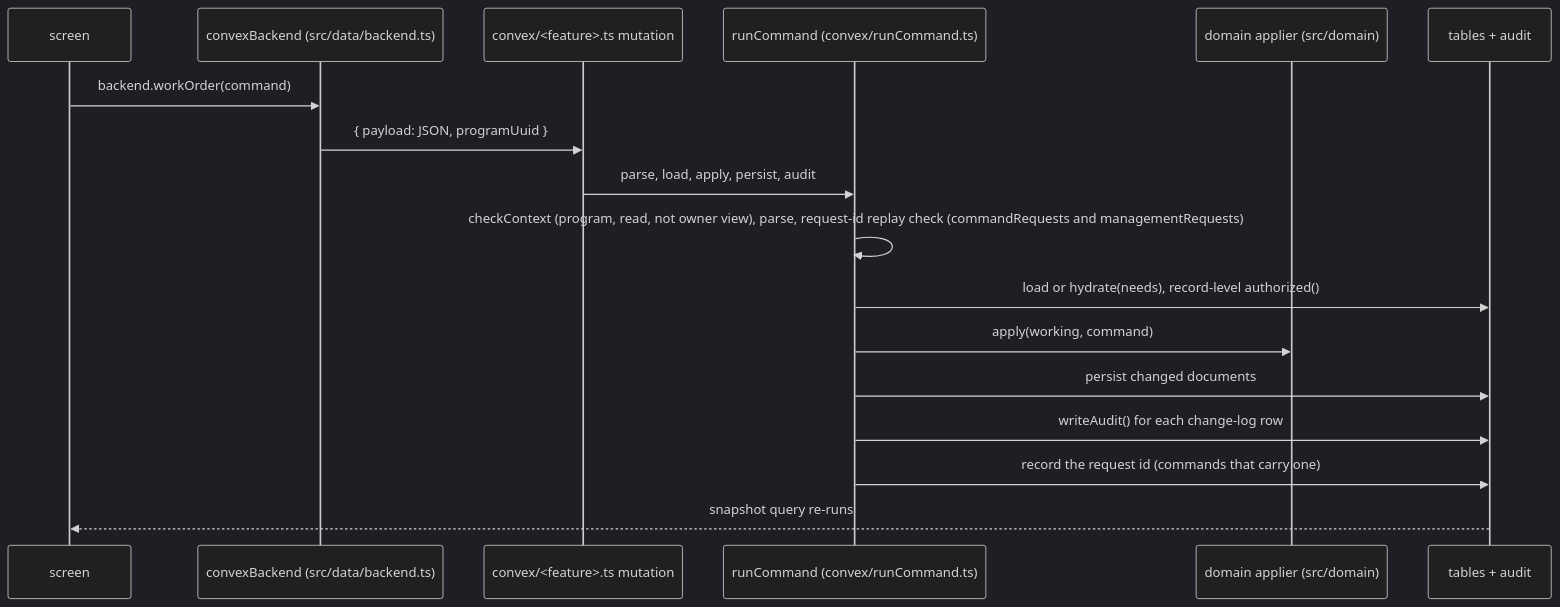
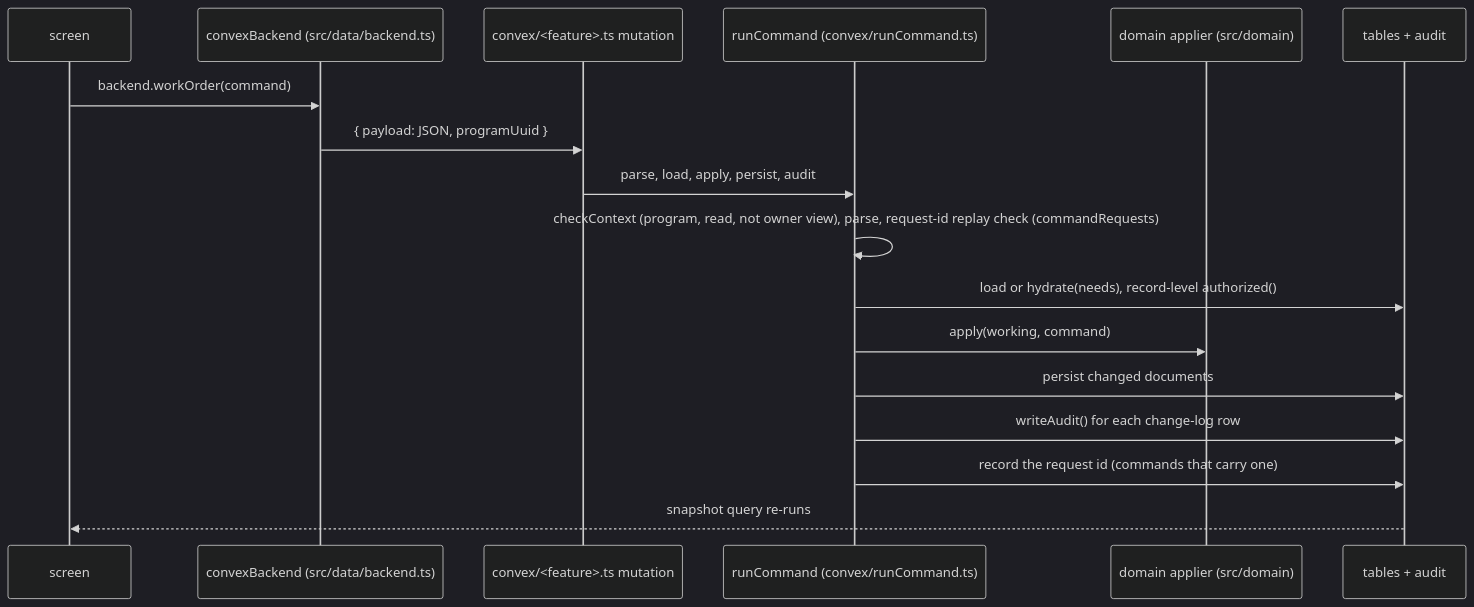
Before and after one commit to angelone-aviation/AO-aircraft-maintenance: the third of 3 diagrams in CONTEXT.md, drawn with Mermaid (dark theme). The commit also changed 4 other files, not shown here.

First line of the commit message:
fix: keep the retired managementRequests table so a deploy with old rows succeeds

````diff
--- a/CONTEXT.md
+++ b/CONTEXT.md
@@ -103,19 +103,19 @@
 ```mermaid
 sequenceDiagram
   participant UI as screen
   participant B as convexBackend (src/data/backend.ts)
   participant M as convex/<feature>.ts mutation
   participant RC as runCommand (convex/runCommand.ts)
   participant D as domain applier (src/domain)
   participant T as tables + audit
   UI->>B: backend.workOrder(command)
   B->>M: { payload: JSON, programUuid }
   M->>RC: parse, load, apply, persist, audit
-  RC->>RC: checkContext (program, read, not owner view), parse, request-id replay check (commandRequests and managementRequests)
+  RC->>RC: checkContext (program, read, not owner view), parse, request-id replay check (commandRequests)
   RC->>T: load or hydrate(needs), record-level authorized()
   RC->>D: apply(working, command)
   RC->>T: persist changed documents
   RC->>T: writeAudit() for each change-log row
   RC->>T: record the request id (commands that carry one)
   T-->>UI: snapshot query re-runs
 ```
````
